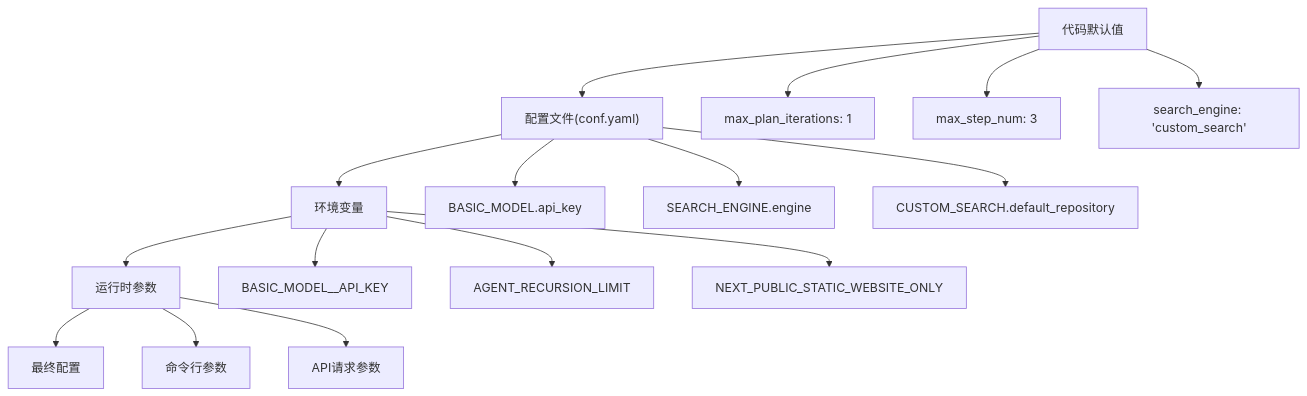
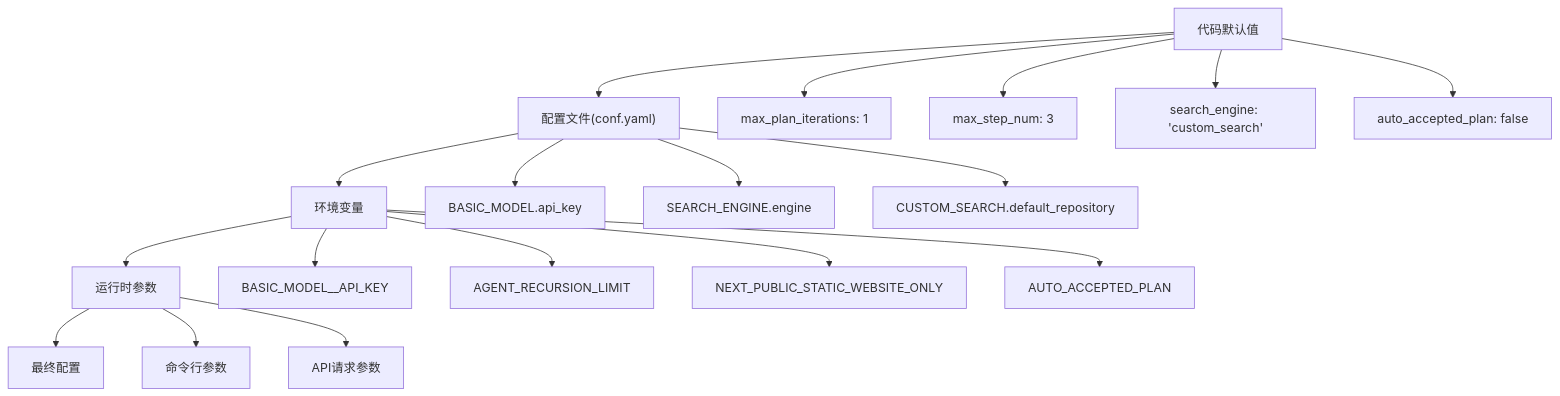
The eighth of 8 diagrams in .qoder/repowiki/zh/content/配置指南/系统配置.md (zhangler1/deer-flow), drawn with Mermaid before and after one commit. The commit also changed other lines of this file and 15 other files, not shown here.

````diff
--- a/.qoder/repowiki/zh/content/配置指南/系统配置.md
+++ b/.qoder/repowiki/zh/content/配置指南/系统配置.md
@@ -392,29 +404,33 @@
 ```mermaid
 graph TD
 A["代码默认值"] --> B["配置文件(conf.yaml)"]
 B --> C["环境变量"]
 C --> D["运行时参数"]
 D --> E["最终配置"]
 A1["max_plan_iterations: 1"]
 A2["max_step_num: 3"]
 A3["search_engine: 'custom_search'"]
+A4["auto_accepted_plan: false"]
 B1["BASIC_MODEL.api_key"]
 B2["SEARCH_ENGINE.engine"]
 B3["CUSTOM_SEARCH.default_repository"]
 C1["BASIC_MODEL__API_KEY"]
 C2["AGENT_RECURSION_LIMIT"]
 C3["NEXT_PUBLIC_STATIC_WEBSITE_ONLY"]
+C4["AUTO_ACCEPTED_PLAN"]
 D1["命令行参数"]
 D2["API请求参数"]
 A --> A1
 A --> A2
 A --> A3
+A --> A4
 B --> B1
 B --> B2
 B --> B3
 C --> C1
 C --> C2
 C --> C3
+C --> C4
 D --> D1
 D --> D2
 ```
````
